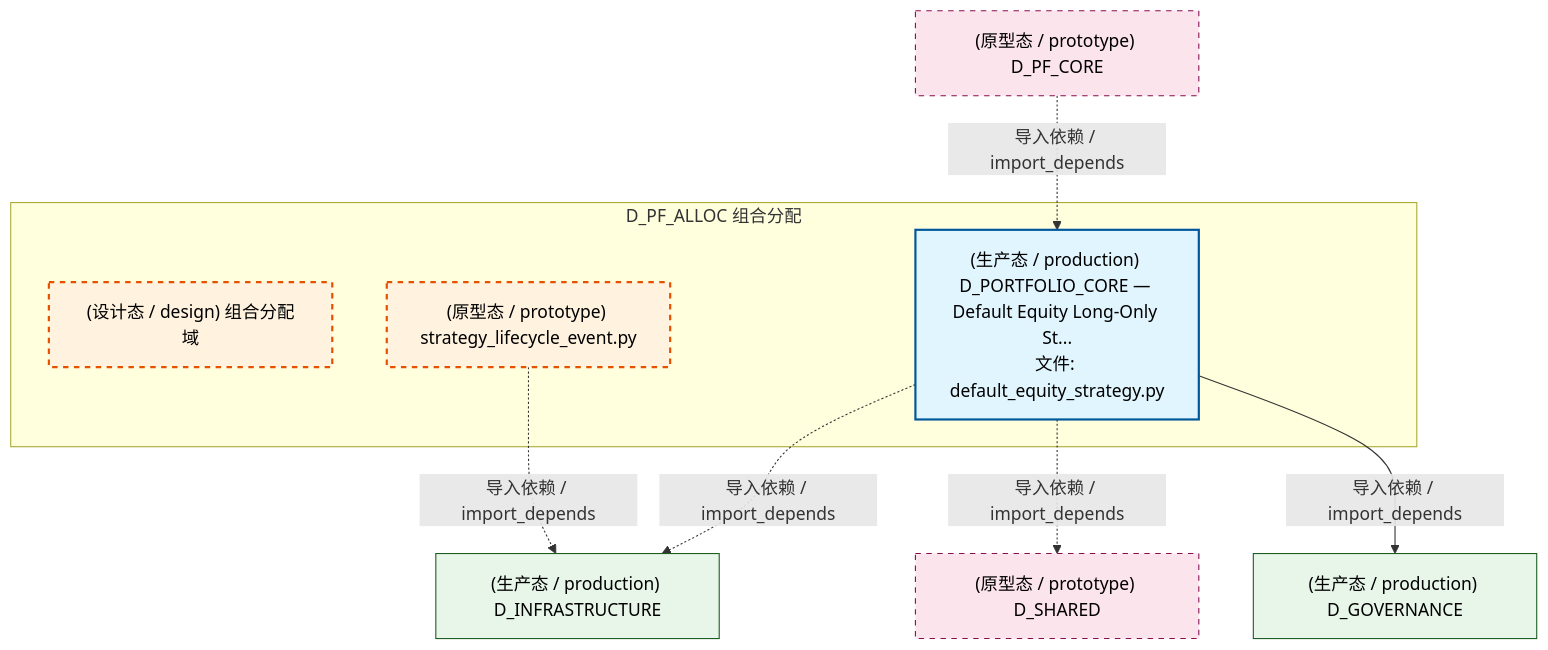
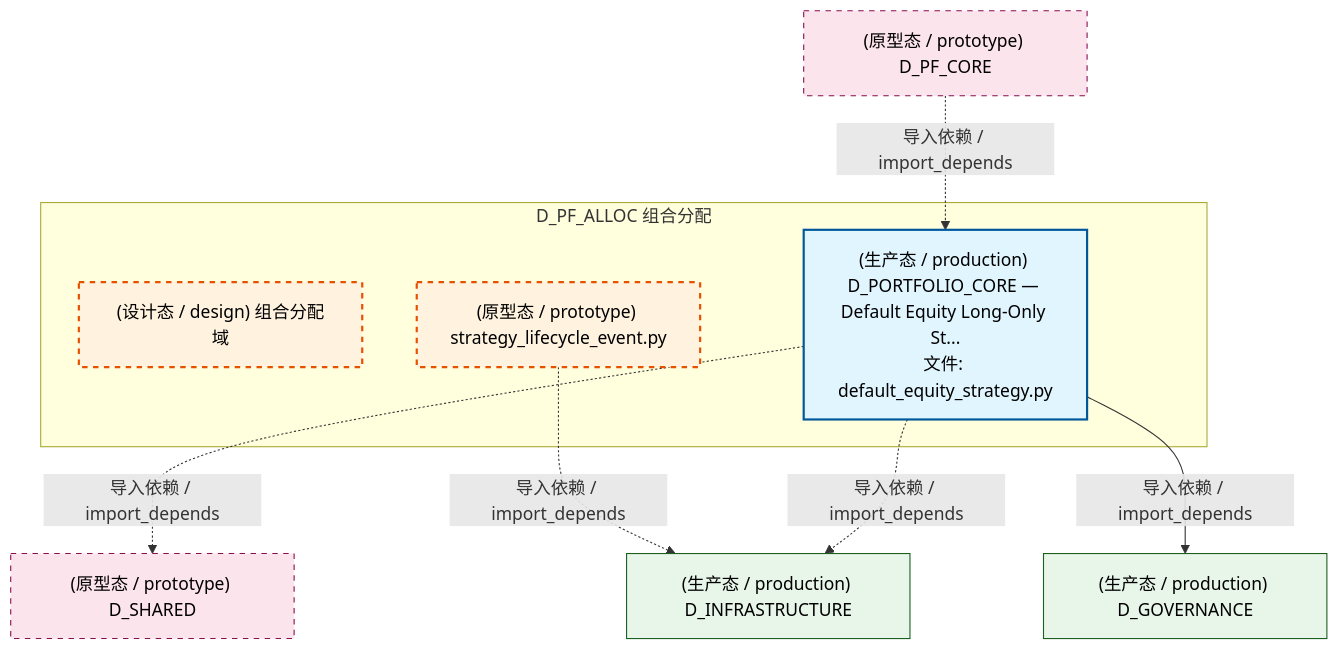
The first of 5 diagrams in docs/02_enterprise_architecture/02_domain_architecture_docs/51_d_pf_alloc.md (xuanFelixVan/ZephyrAlpha), drawn with Mermaid before and after one commit. The commit also changed other lines of this file and 105 other files, not shown here.

````diff
--- a/docs/02_enterprise_architecture/02_domain_architecture_docs/51_d_pf_alloc.md
+++ b/docs/02_enterprise_architecture/02_domain_architecture_docs/51_d_pf_alloc.md
@@ -70,25 +70,25 @@
 ```mermaid
 graph TD
     subgraph D_PF_ALLOC["D_PF_ALLOC 组合分配"]
         src_zephyr_pf_alloc["(设计态 / design) 组合分配域"]
         src_zephyr_pf_alloc_strategy_lifecycle_event_py["(原型态 / prototype) strategy_lifecycle_event.py"]
         src_zephyr_pf_core_default_equity_strategy_py["(生产态 / production) D_PORTFOLIO_CORE — Default Equity Long-Only St...<br/>文件: default_equity_strategy.py"]
     end
+    D_SHARED["(原型态 / prototype) D_SHARED"]
+    src_zephyr_pf_core_default_equity_strategy_py -.->|导入依赖 / import_depends| D_SHARED
     D_INFRASTRUCTURE["(生产态 / production) D_INFRASTRUCTURE"]
     src_zephyr_pf_alloc_strategy_lifecycle_event_py -.->|导入依赖 / import_depends| D_INFRASTRUCTURE
     src_zephyr_pf_core_default_equity_strategy_py -.->|导入依赖 / import_depends| D_INFRASTRUCTURE
-    D_SHARED["(原型态 / prototype) D_SHARED"]
-    src_zephyr_pf_core_default_equity_strategy_py -.->|导入依赖 / import_depends| D_SHARED
     D_GOVERNANCE["(生产态 / production) D_GOVERNANCE"]
     src_zephyr_pf_core_default_equity_strategy_py -->|导入依赖 / import_depends| D_GOVERNANCE
     D_PF_CORE["(原型态 / prototype) D_PF_CORE"]
     D_PF_CORE -.->|导入依赖 / import_depends| src_zephyr_pf_core_default_equity_strategy_py
     classDef production fill:#e1f5fe,stroke:#01579b,stroke-width:2px,color:#000
     classDef design fill:#fff3e0,stroke:#e65100,stroke-width:2px,color:#000,stroke-dasharray: 5 5
     classDef external_prod fill:#e8f5e9,stroke:#1b5e20,stroke-width:1px,color:#000
     classDef external_design fill:#fce4ec,stroke:#880e4f,stroke-width:1px,color:#000,stroke-dasharray: 5 5
     class src_zephyr_pf_core_default_equity_strategy_py production
     class src_zephyr_pf_alloc,src_zephyr_pf_alloc_strategy_lifecycle_event_py design
     class D_INFRASTRUCTURE,D_GOVERNANCE external_prod
     class D_SHARED,D_PF_CORE external_design
 ```
````
